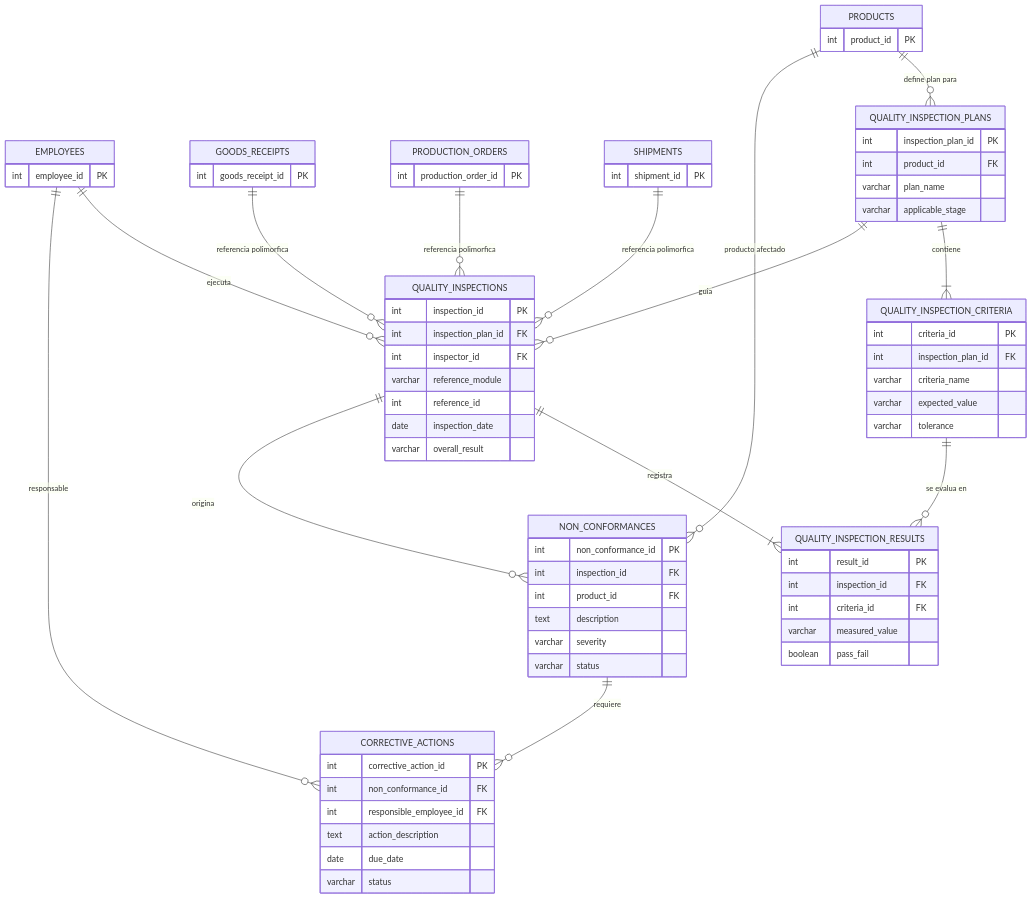
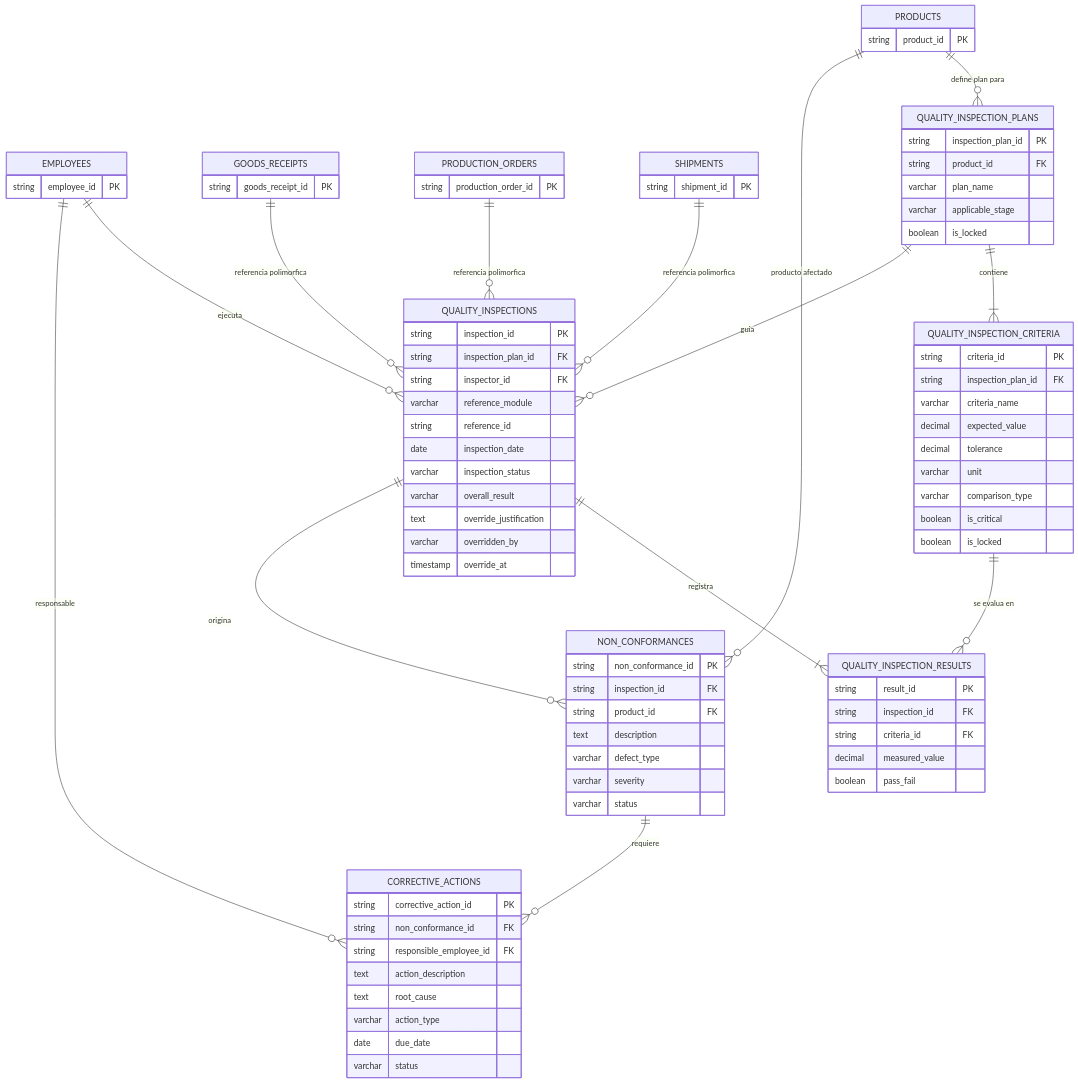
Before and after one commit to MDS-BI/Grupo-08: the diagram in specs/002-quality-control-module/data-model.md, drawn with Mermaid. The commit also changed other lines of this file and 14 other files, not shown here.

````diff
--- a/specs/002-quality-control-module/data-model.md
+++ b/specs/002-quality-control-module/data-model.md
@@ -15,63 +15,75 @@
 ```mermaid
 erDiagram
     PRODUCTS {
-        int product_id PK
+        string product_id PK
     }
     EMPLOYEES {
-        int employee_id PK
+        string employee_id PK
     }
     GOODS_RECEIPTS {
-        int goods_receipt_id PK
+        string goods_receipt_id PK
     }
     PRODUCTION_ORDERS {
-        int production_order_id PK
+        string production_order_id PK
     }
     SHIPMENTS {
-        int shipment_id PK
+        string shipment_id PK
     }
 
     QUALITY_INSPECTION_PLANS {
-        int inspection_plan_id PK
-        int product_id FK
+        string inspection_plan_id PK
+        string product_id FK
         varchar plan_name
         varchar applicable_stage
+        boolean is_locked
     }
     QUALITY_INSPECTION_CRITERIA {
-        int criteria_id PK
-        int inspection_plan_id FK
+        string criteria_id PK
+        string inspection_plan_id FK
         varchar criteria_name
-        varchar expected_value
-        varchar tolerance
+        decimal expected_value
+        decimal tolerance
+        varchar unit
+        varchar comparison_type
+        boolean is_critical
+        boolean is_locked
     }
     QUALITY_INSPECTIONS {
-        int inspection_id PK
-        int inspection_plan_id FK
-        int inspector_id FK
+        string inspection_id PK
+        string inspection_plan_id FK
+        string inspector_id FK
         varchar reference_module
-        int reference_id
+        string reference_id
         date inspection_date
+        varchar inspection_status
         varchar overall_result
+        text override_justification
+        varchar overridden_by
+        timestamp override_at
     }
     QUALITY_INSPECTION_RESULTS {
-        int result_id PK
-        int inspection_id FK
-        int criteria_id FK
-        varchar measured_value
+        string result_id PK
+        string inspection_id FK
+        string criteria_id FK
+        decimal measured_value
         boolean pass_fail
     }
     NON_CONFORMANCES {
-        int non_conformance_id PK
-        int inspection_id FK
-        int product_id FK
+        string non_conformance_id PK
+        string inspection_id FK
+        string product_id FK
         text description
+        varchar defect_type
         varchar severity
         varchar status
     }
     CORRECTIVE_ACTIONS {
-        int corrective_action_id PK
-        int non_conformance_id FK
-        int responsible_employee_id FK
+        string corrective_action_id PK
+        string non_conformance_id FK
+        string responsible_employee_id FK
         text action_description
+        text root_cause
+        varchar action_type
         date due_date
         varchar status
     }
````
